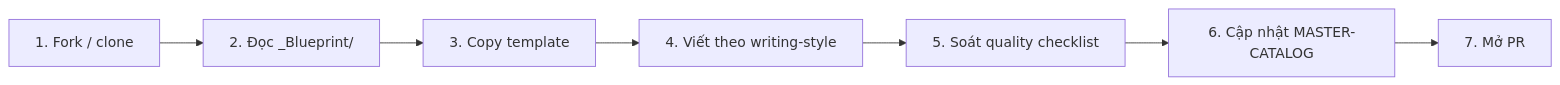
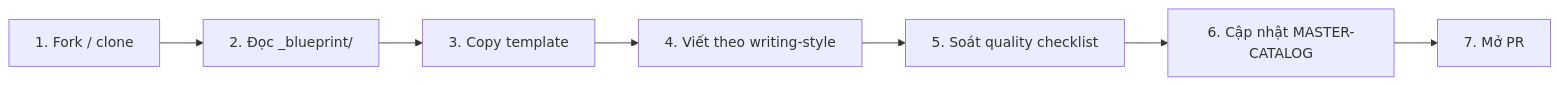
One commit to thanhdevops95/Dev-knowledge changed the diagram in CONTRIBUTING.md. Above: the diagram before and after it, drawn with Mermaid. The commit also changed other lines of this file and 4239 other files, not shown here.

````diff
--- a/CONTRIBUTING.md
+++ b/CONTRIBUTING.md
@@ -14,9 +14,9 @@
 ```mermaid
 flowchart LR
-    A[1. Fork / clone] --> B[2. Đọc _Blueprint/]
+    A[1. Fork / clone] --> B[2. Đọc _blueprint/]
     B --> C[3. Copy template]
     C --> D[4. Viết theo writing-style]
     D --> E[5. Soát quality checklist]
     E --> F[6. Cập nhật MASTER-CATALOG]
     F --> G[7. Mở PR]
 ```
````
